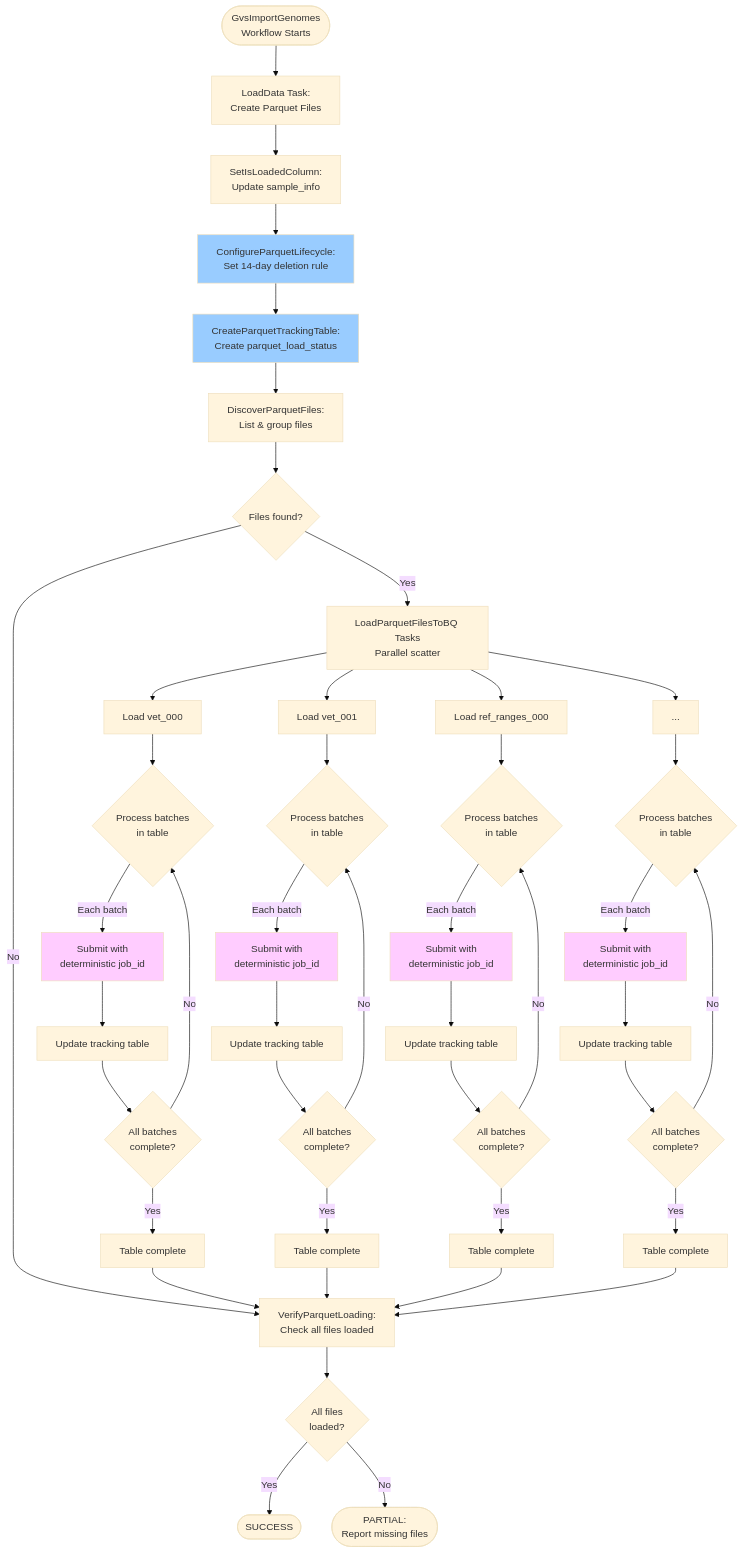
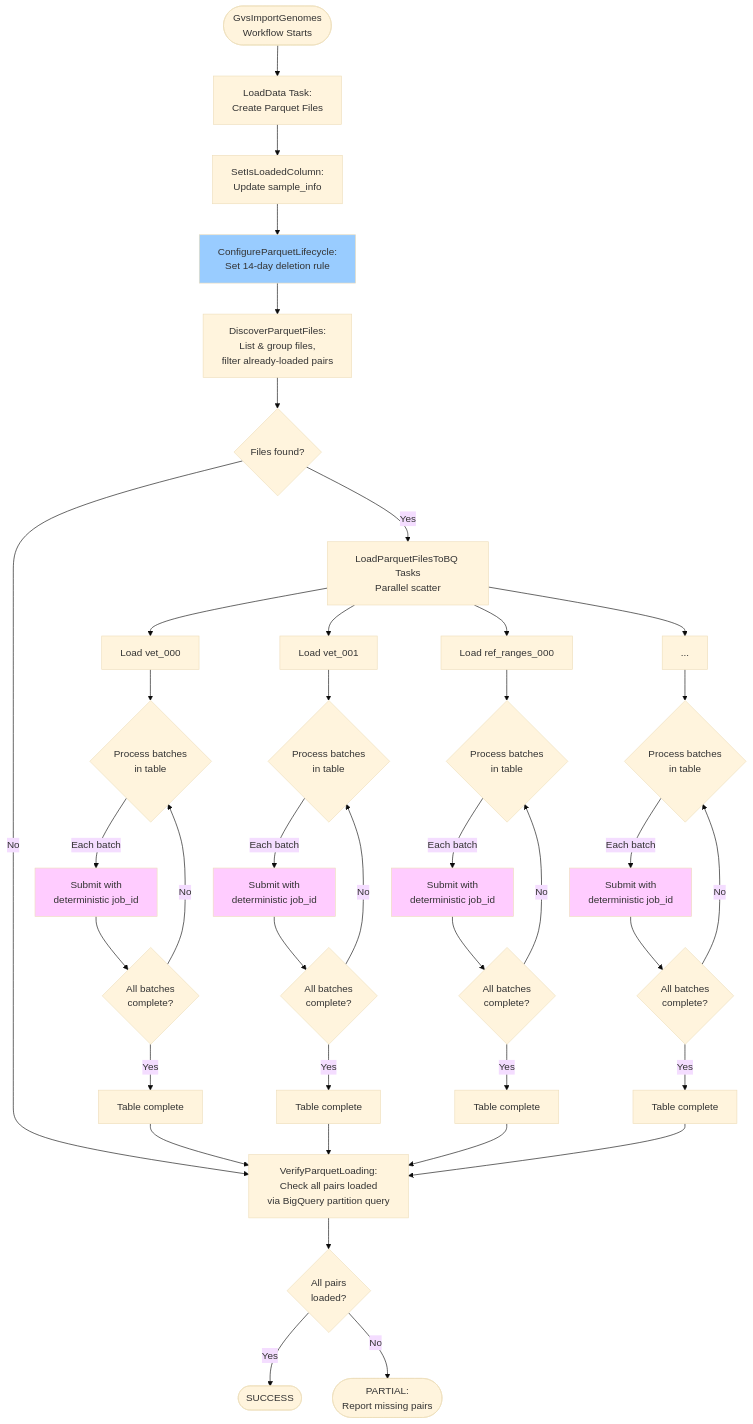
The second of 5 diagrams in scripts/variantstore/docs/parquet/parquet_loading_fault_tolerance_uml.md (broadinstitute/gatk), drawn with Mermaid (base theme) before and after one commit. The commit also changed other lines of this file and 10 other files, not shown here.

Commit message:
Do away with `parquet_load_status` table [VS-1829]

````diff
--- a/scripts/variantstore/docs/parquet/parquet_loading_fault_tolerance_uml.md
+++ b/scripts/variantstore/docs/parquet/parquet_loading_fault_tolerance_uml.md
@@ -68,71 +67,63 @@
 ```mermaid
 flowchart TD
     Start([GvsImportGenomes<br/>Workflow Starts]) --> CreateParquet[LoadData Task:<br/>Create Parquet Files]
     
     CreateParquet --> SetLoaded[SetIsLoadedColumn:<br/>Update sample_info]
     
     SetLoaded --> ConfigLife[ConfigureParquetLifecycle:<br/>Set 14-day deletion rule]
     
-    ConfigLife --> CreateTrack[CreateParquetTrackingTable:<br/>Create parquet_load_status]
-    
-    CreateTrack --> Discover[DiscoverParquetFiles:<br/>List & group files]
+    ConfigLife --> Discover[DiscoverParquetFiles:<br/>List & group files,<br/>filter already-loaded pairs]
     
     Discover --> CheckFiles{Files found?}
     
     CheckFiles -->|Yes| ParallelLoad[LoadParquetFilesToBQ Tasks<br/>Parallel scatter]
     CheckFiles -->|No| VerifyDone
     
     ParallelLoad --> LoadTable1[Load vet_000]
     ParallelLoad --> LoadTable2[Load vet_001]
     ParallelLoad --> LoadTable3[Load ref_ranges_000]
     ParallelLoad --> LoadTable4[...]
     
     LoadTable1 --> Batch1{Process batches<br/>in table}
     LoadTable2 --> Batch2{Process batches<br/>in table}
     LoadTable3 --> Batch3{Process batches<br/>in table}
     LoadTable4 --> Batch4{Process batches<br/>in table}
     
     Batch1 -->|Each batch| Submit1[Submit with<br/>deterministic job_id]
     Batch2 -->|Each batch| Submit2[Submit with<br/>deterministic job_id]
     Batch3 -->|Each batch| Submit3[Submit with<br/>deterministic job_id]
     Batch4 -->|Each batch| Submit4[Submit with<br/>deterministic job_id]
     
-    Submit1 --> Track1[Update tracking table]
-    Submit2 --> Track2[Update tracking table]
-    Submit3 --> Track3[Update tracking table]
-    Submit4 --> Track4[Update tracking table]
-    
-    Track1 --> Sync1{All batches<br/>complete?}
-    Track2 --> Sync2{All batches<br/>complete?}
-    Track3 --> Sync3{All batches<br/>complete?}
-    Track4 --> Sync4{All batches<br/>complete?}
+    Submit1 --> Sync1{All batches<br/>complete?}
+    Submit2 --> Sync2{All batches<br/>complete?}
+    Submit3 --> Sync3{All batches<br/>complete?}
+    Submit4 --> Sync4{All batches<br/>complete?}
     
     Sync1 -->|Yes| Done1[Table complete]
     Sync2 -->|Yes| Done2[Table complete]
     Sync3 -->|Yes| Done3[Table complete]
     Sync4 -->|Yes| Done4[Table complete]
     
     Sync1 -->|No| Batch1
     Sync2 -->|No| Batch2
     Sync3 -->|No| Batch3
     Sync4 -->|No| Batch4
     
     Done1 --> VerifyDone
     Done2 --> VerifyDone
     Done3 --> VerifyDone
     Done4 --> VerifyDone
     
-    VerifyDone[VerifyParquetLoading:<br/>Check all files loaded]
+    VerifyDone[VerifyParquetLoading:<br/>Check all pairs loaded<br/>via BigQuery partition query]
     
-    VerifyDone --> CheckVerify{All files<br/>loaded?}
+    VerifyDone --> CheckVerify{All pairs<br/>loaded?}
     
     CheckVerify -->|Yes| Success([SUCCESS])
-    CheckVerify -->|No| Partial([PARTIAL:<br/>Report missing files])
+    CheckVerify -->|No| Partial([PARTIAL:<br/>Report missing pairs])
     
     style ConfigLife fill:#9cf
-    style CreateTrack fill:#9cf
     style Submit1 fill:#fcf
     style Submit2 fill:#fcf
     style Submit3 fill:#fcf
     style Submit4 fill:#fcf
 ```
````
